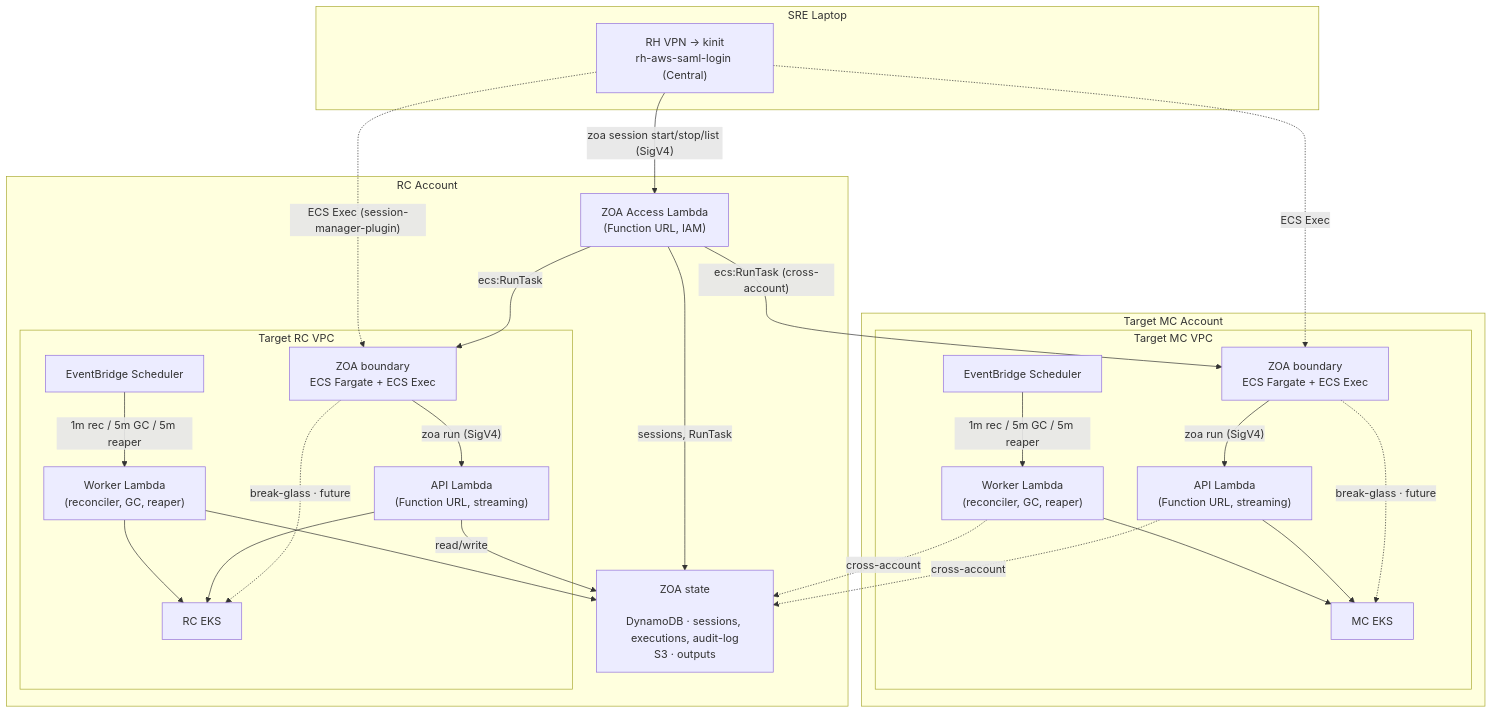
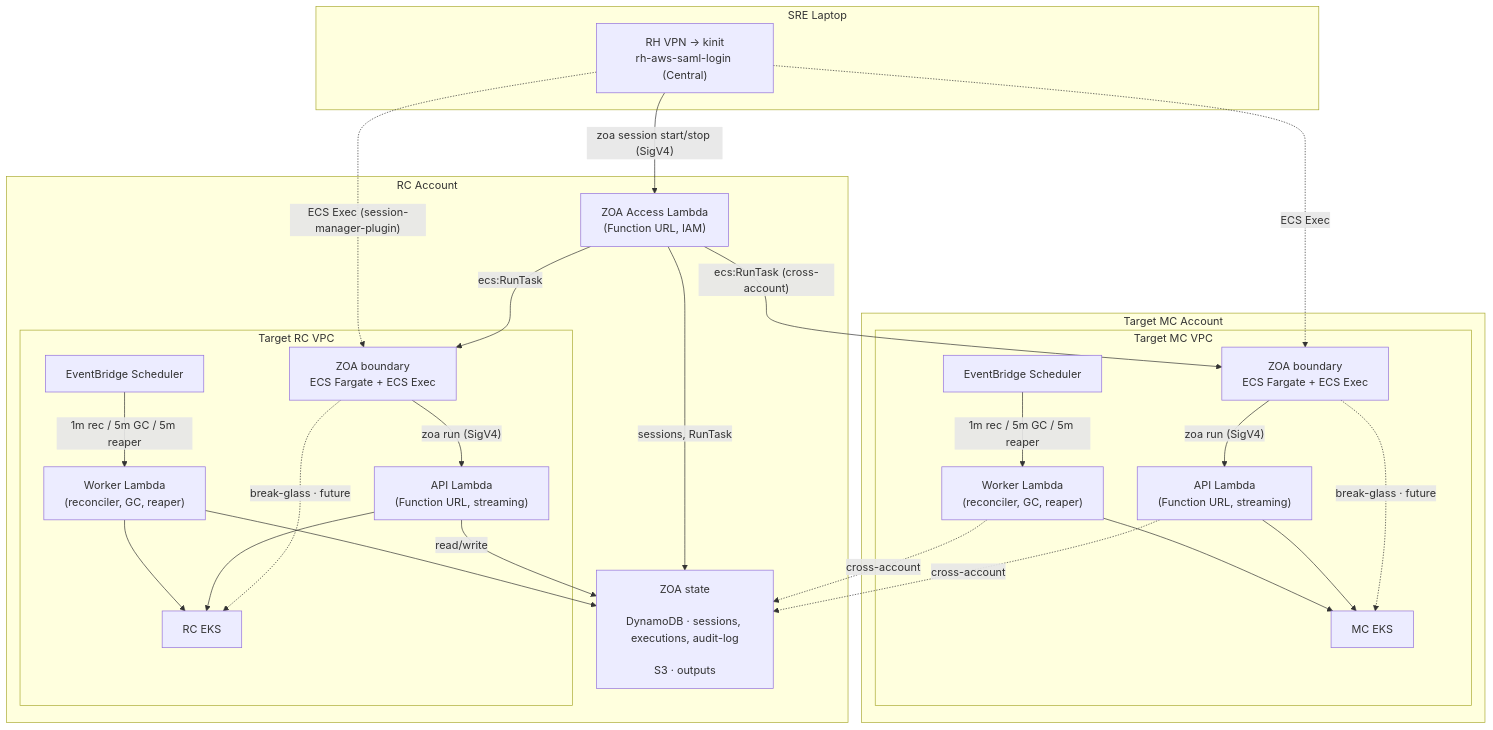
Before and after one commit to slopezz/rosa-hyperfleet-zoa: the diagram in README.md, drawn with Mermaid.

Commit message:
ROSAENG-68805 | docs: README diagram session edge and state spacing

````diff
--- a/README.md
+++ b/README.md
@@ -75,59 +75,59 @@
 ```mermaid
 ---
 config:
   layout: dagre
 ---
 graph TD
     subgraph laptop["SRE Laptop"]
         L["RH VPN → kinit<br/>rh-aws-saml-login (Central)"]
     end
 
     subgraph rc["RC Account"]
         ACCESS["ZOA Access Lambda<br/>(Function URL, IAM)"]
-        STATE["ZOA state<br/><br/>DynamoDB · sessions, executions, audit-log<br/>S3 · outputs"]
+        STATE["ZOA state<br/><br/>DynamoDB · sessions, executions, audit-log<br/><br/>S3 · outputs"]
         subgraph rc_vpc["Target RC VPC"]
             BOUNDARY_RC["ZOA boundary<br/>ECS Fargate + ECS Exec"]
             EB_RC["EventBridge Scheduler"]
             API_RC["API Lambda<br/>(Function URL, streaming)"]
             WORKER_RC["Worker Lambda<br/>(reconciler, GC, reaper)"]
             EKS_RC["RC EKS"]
         end
     end
 
     subgraph mc["Target MC Account"]
         subgraph mc_vpc["Target MC VPC"]
             BOUNDARY_MC["ZOA boundary<br/>ECS Fargate + ECS Exec"]
             EB_MC["EventBridge Scheduler"]
             API_MC["API Lambda<br/>(Function URL, streaming)"]
             WORKER_MC["Worker Lambda<br/>(reconciler, GC, reaper)"]
             EKS_MC["MC EKS"]
         end
     end
 
-    L -->|"zoa session start/stop/list (SigV4)"| ACCESS
+    L -->|"zoa session start/stop (SigV4)"| ACCESS
     ACCESS -->|"sessions, RunTask"| STATE
     ACCESS -->|"ecs:RunTask"| BOUNDARY_RC
     ACCESS -->|"ecs:RunTask (cross-account)"| BOUNDARY_MC
 
     L -.->|"ECS Exec (session-manager-plugin)"| BOUNDARY_RC
     L -.->|"ECS Exec"| BOUNDARY_MC
 
     BOUNDARY_RC -->|"zoa run (SigV4)"| API_RC
     BOUNDARY_MC -->|"zoa run (SigV4)"| API_MC
 
     BOUNDARY_RC -.->|"break-glass · future"| EKS_RC
     BOUNDARY_MC -.->|"break-glass · future"| EKS_MC
 
     EB_RC -->|"1m rec / 5m GC / 5m reaper"| WORKER_RC
     EB_MC -->|"1m rec / 5m GC / 5m reaper"| WORKER_MC
 
     API_RC --> EKS_RC
     WORKER_RC --> EKS_RC
     API_MC --> EKS_MC
     WORKER_MC --> EKS_MC
 
     API_RC -->|"read/write"| STATE
     WORKER_RC --> STATE
     API_MC -.->|"cross-account"| STATE
     WORKER_MC -.->|"cross-account"| STATE
 ```
````
